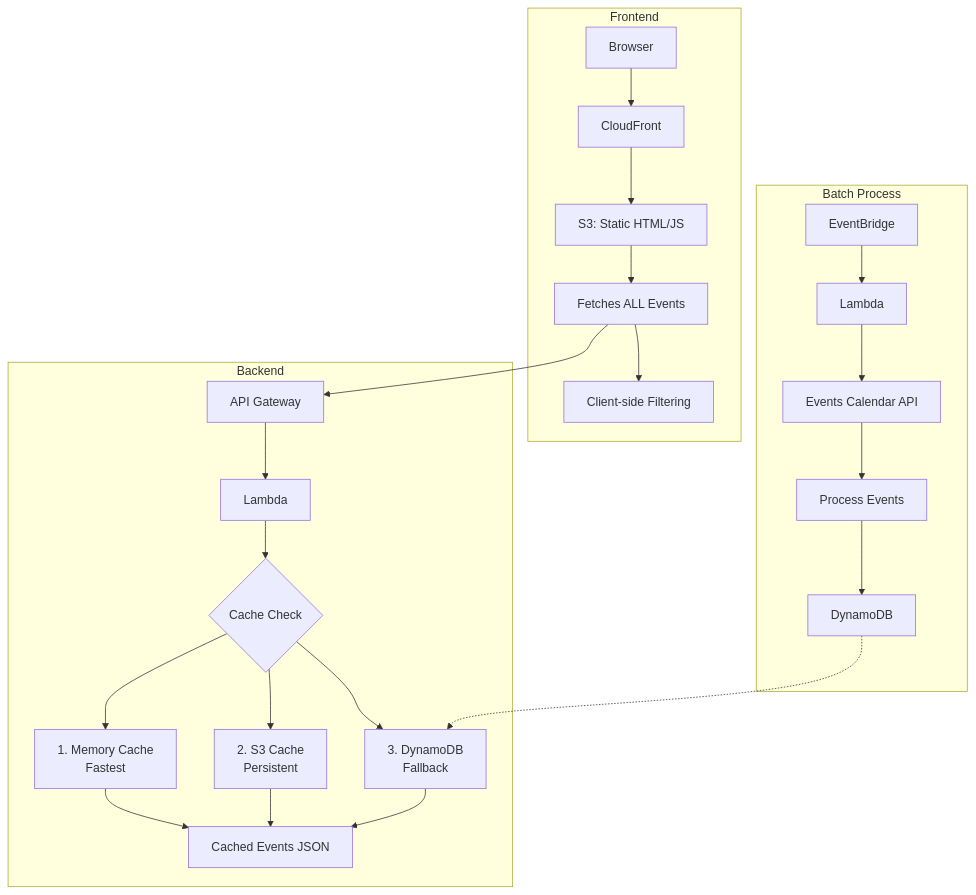
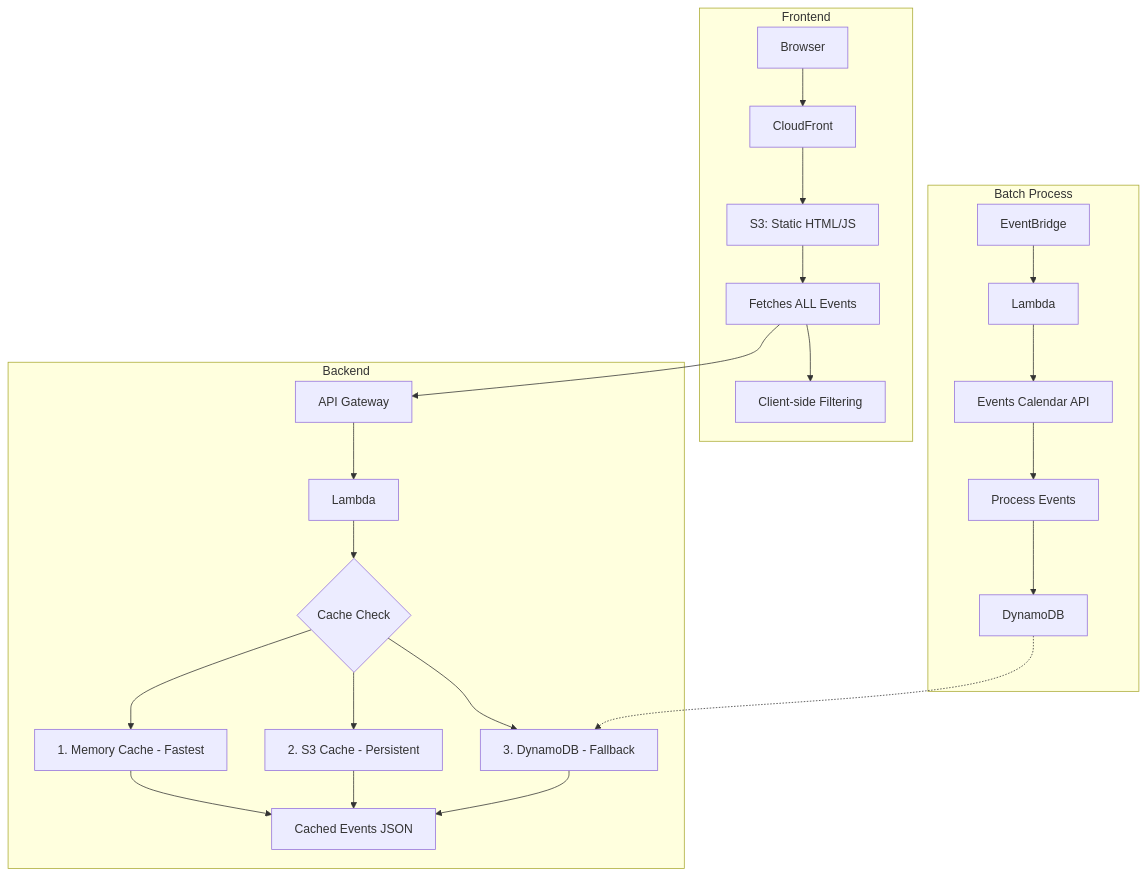
Before and after one commit to bbernstein/chq-calendar: the fourth of 8 diagrams in docs/DEVELOPMENT_HISTORY.md, drawn with Mermaid. The commit also changed other lines of this file, not shown here.

First line of the commit message:
Remove HTML <br/> tags from Mermaid diagrams for GitHub compatibility

````diff
--- a/docs/DEVELOPMENT_HISTORY.md
+++ b/docs/DEVELOPMENT_HISTORY.md
@@ -102,30 +102,30 @@
 ```mermaid
 graph TB
     subgraph Frontend4[Frontend]
         Browser4[Browser] --> CF4[CloudFront]
         CF4 --> S3HTML4[S3: Static HTML/JS]
         S3HTML4 --> FetchAll4[Fetches ALL Events]
         FetchAll4 --> ClientFilter4[Client-side Filtering]
     end
     
     subgraph Backend4[Backend]
         FetchAll4 --> APIGW4[API Gateway]
         APIGW4 --> Lambda7[Lambda]
         Lambda7 --> CacheCheck{Cache Check}
-        CacheCheck --> MemCache[1. Memory Cache<br/>Fastest]
-        CacheCheck --> S3Cache[2. S3 Cache<br/>Persistent]
-        CacheCheck --> DDBFallback[3. DynamoDB<br/>Fallback]
+        CacheCheck --> MemCache[1. Memory Cache - Fastest]
+        CacheCheck --> S3Cache[2. S3 Cache - Persistent]
+        CacheCheck --> DDBFallback[3. DynamoDB - Fallback]
         MemCache --> CachedJSON[Cached Events JSON]
         S3Cache --> CachedJSON
         DDBFallback --> CachedJSON
     end
     
     subgraph BatchProcess4[Batch Process]
         Schedule4[EventBridge] --> Lambda8[Lambda]
         Lambda8 --> EventsAPI4[Events Calendar API]
         EventsAPI4 --> Process4[Process Events]
         Process4 --> DDB5[DynamoDB]
     end
     
     DDB5 -.-> DDBFallback
 ```
````
